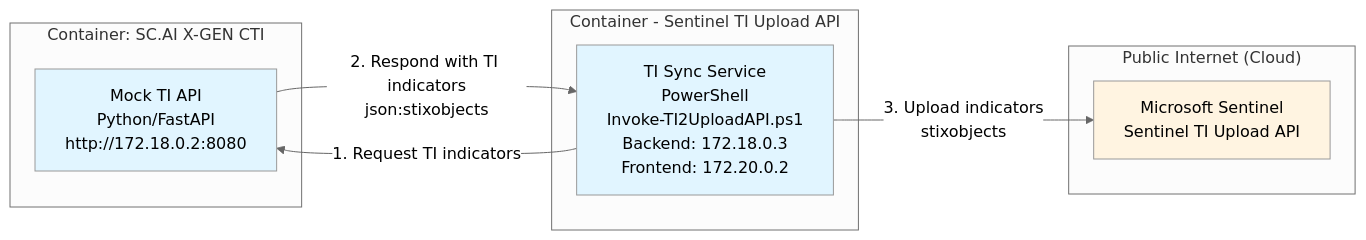
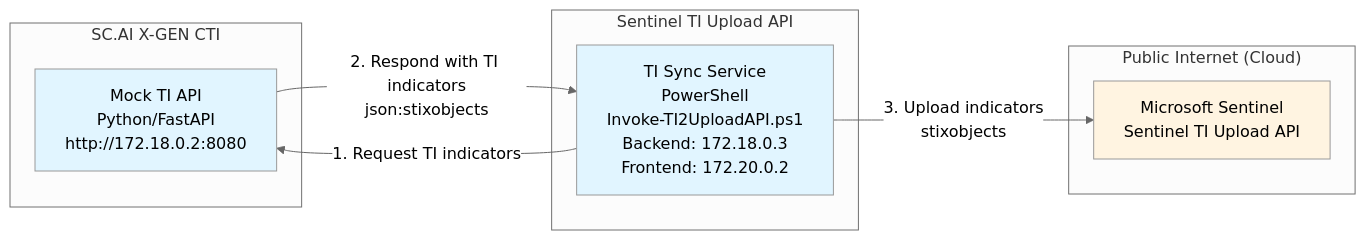
One commit to dcodev1702/Sentinel-TI-Upload-with-Mock-TI-API changed the diagram in README.md. Above: the diagram before and after it, drawn with Mermaid (neutral theme).

Commit message:
Fix subgraph titles in README.md

````diff
--- a/README.md
+++ b/README.md
@@ -6,22 +6,22 @@
 ```mermaid
 graph LR
-    subgraph "Container: SC.AI X-GEN CTI"
+    subgraph "SC.AI X-GEN CTI"
         A[Mock TI API<br/>Python/FastAPI<br/>http://172.18.0.2:8080]
     end
     
-    subgraph "Container - Sentinel TI Upload API"
+    subgraph "Sentinel TI Upload API"
         B[TI Sync Service<br/>PowerShell<br/>Invoke-TI2UploadAPI.ps1<br/>Backend: 172.18.0.3<br/>Frontend: 172.20.0.2]
     end
     
     subgraph "Public Internet (Cloud)"
         C[Microsoft Sentinel<br/>Sentinel TI Upload API]
     end
     
     B -->|1. Request TI indicators| A
     A -->|2. Respond with TI indicators<br/>json:stixobjects| B
     B -->|3. Upload indicators<br/>stixobjects| C
     
     style A fill:#e1f5ff
     style B fill:#e1f5ff
     style C fill:#fff4e1
 ```
````
